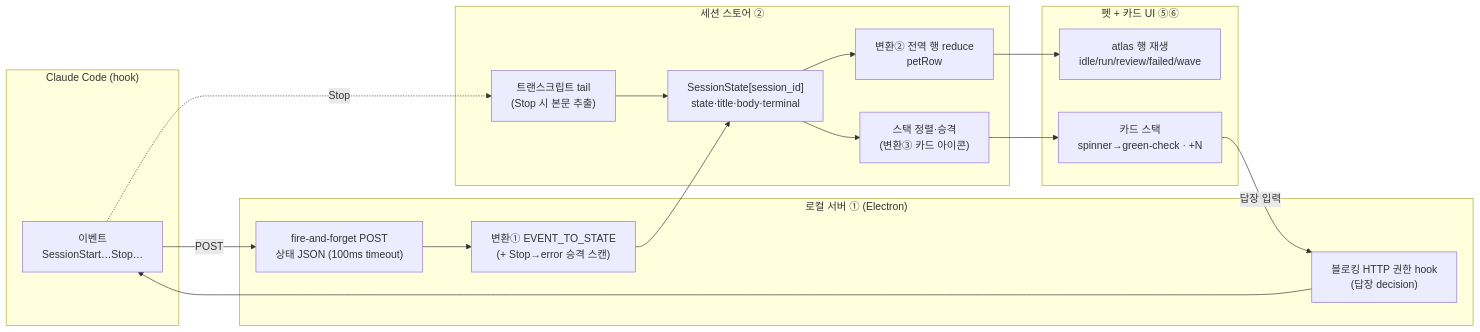
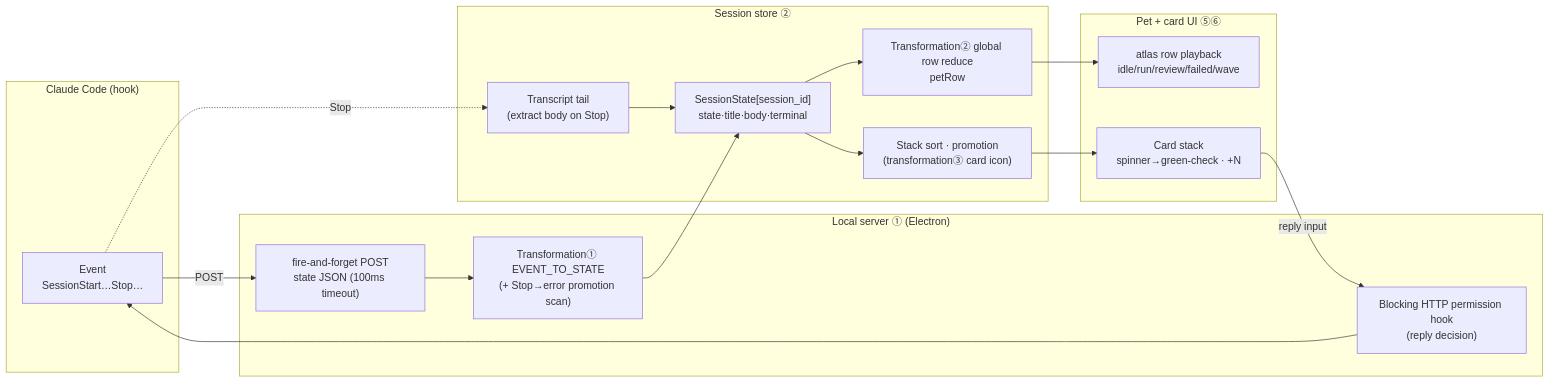
The fourth of 4 diagrams in docs/03-state-engine/state-machine.md (amsminn/Claude-Pet), drawn with Mermaid before and after one commit. The commit also changed other lines of this file and 48 other files, not shown here.

````diff
--- a/docs/03-state-engine/state-machine.md
+++ b/docs/03-state-engine/state-machine.md
@@ -316,27 +316,27 @@
 ```mermaid
 flowchart LR
     subgraph cc["Claude Code (hook)"]
-        ev["이벤트<br/>SessionStart…Stop…"]
+        ev["Event<br/>SessionStart…Stop…"]
     end
-    subgraph srv["로컬 서버 ① (Electron)"]
-        post["fire-and-forget POST<br/>상태 JSON (100ms timeout)"]
-        norm["변환① EVENT_TO_STATE<br/>(+ Stop→error 승격 스캔)"]
-        perm["블로킹 HTTP 권한 hook<br/>(답장 decision)"]
+    subgraph srv["Local server ① (Electron)"]
+        post["fire-and-forget POST<br/>state JSON (100ms timeout)"]
+        norm["Transformation① EVENT_TO_STATE<br/>(+ Stop→error promotion scan)"]
+        perm["Blocking HTTP permission hook<br/>(reply decision)"]
     end
-    subgraph store["세션 스토어 ②"]
+    subgraph store["Session store ②"]
         sess["SessionState[session_id]<br/>state·title·body·terminal"]
-        tail["트랜스크립트 tail<br/>(Stop 시 본문 추출)"]
-        reduce["변환② 전역 행 reduce<br/>petRow"]
-        sort["스택 정렬·승격<br/>(변환③ 카드 아이콘)"]
+        tail["Transcript tail<br/>(extract body on Stop)"]
+        reduce["Transformation② global row reduce<br/>petRow"]
+        sort["Stack sort · promotion<br/>(transformation③ card icon)"]
     end
-    subgraph ui["펫 + 카드 UI ⑤⑥"]
-        sprite["atlas 행 재생<br/>idle/run/review/failed/wave"]
-        cards["카드 스택<br/>spinner→green-check · +N"]
+    subgraph ui["Pet + card UI ⑤⑥"]
+        sprite["atlas row playback<br/>idle/run/review/failed/wave"]
+        cards["Card stack<br/>spinner→green-check · +N"]
     end
 
     ev -->|POST| post --> norm --> sess
     ev -. Stop .-> tail --> sess
     sess --> reduce --> sprite
     sess --> sort --> cards
-    cards -->|답장 입력| perm --> ev
+    cards -->|reply input| perm --> ev
 ```
````
